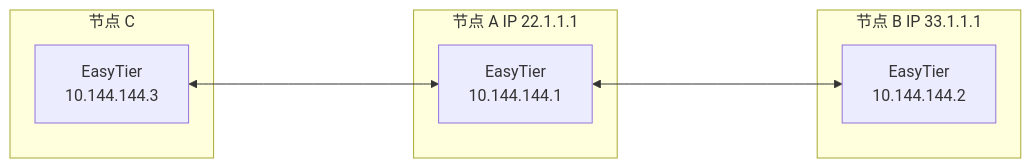
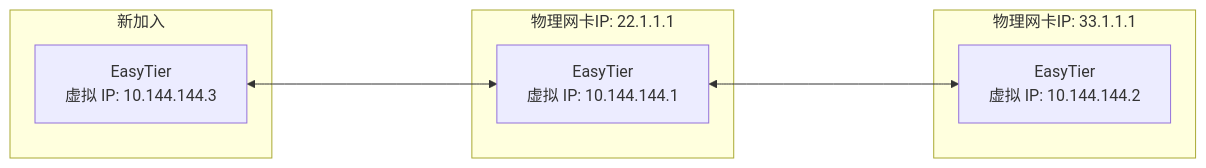
Before and after one commit to EasyTier/easytier.github.io: the second of 2 diagrams in guide/network/decentralized-networking.md, drawn with Mermaid. The commit also changed other lines of this file and 24 other files, not shown here.

````diff
--- a/guide/network/decentralized-networking.md
+++ b/guide/network/decentralized-networking.md
@@ -46,21 +66,14 @@
 ```mermaid
-
 flowchart LR
-
-subgraph 节点 A IP 22.1.1.1
-nodeA[EasyTier<br/>10.144.144.1]
+subgraph 节点 A [物理网卡IP: 22.1.1.1]
+  nodeA[EasyTier<br/>虚拟 IP: 10.144.144.1]
 end
-
-subgraph 节点 C
-nodeC[EasyTier<br/>10.144.144.3]
+subgraph 节点 C [新加入]
+  nodeC[EasyTier<br/>虚拟 IP: 10.144.144.3]
 end
-
-subgraph 节点 B IP 33.1.1.1
-nodeB[EasyTier</br>10.144.144.2]
+subgraph 节点 B [物理网卡IP: 33.1.1.1]
+  nodeB[EasyTier<br/>虚拟 IP: 10.144.144.2]
 end
-
 nodeA <-----> nodeB
-
 nodeC <-----> nodeA
-
 ```
````
